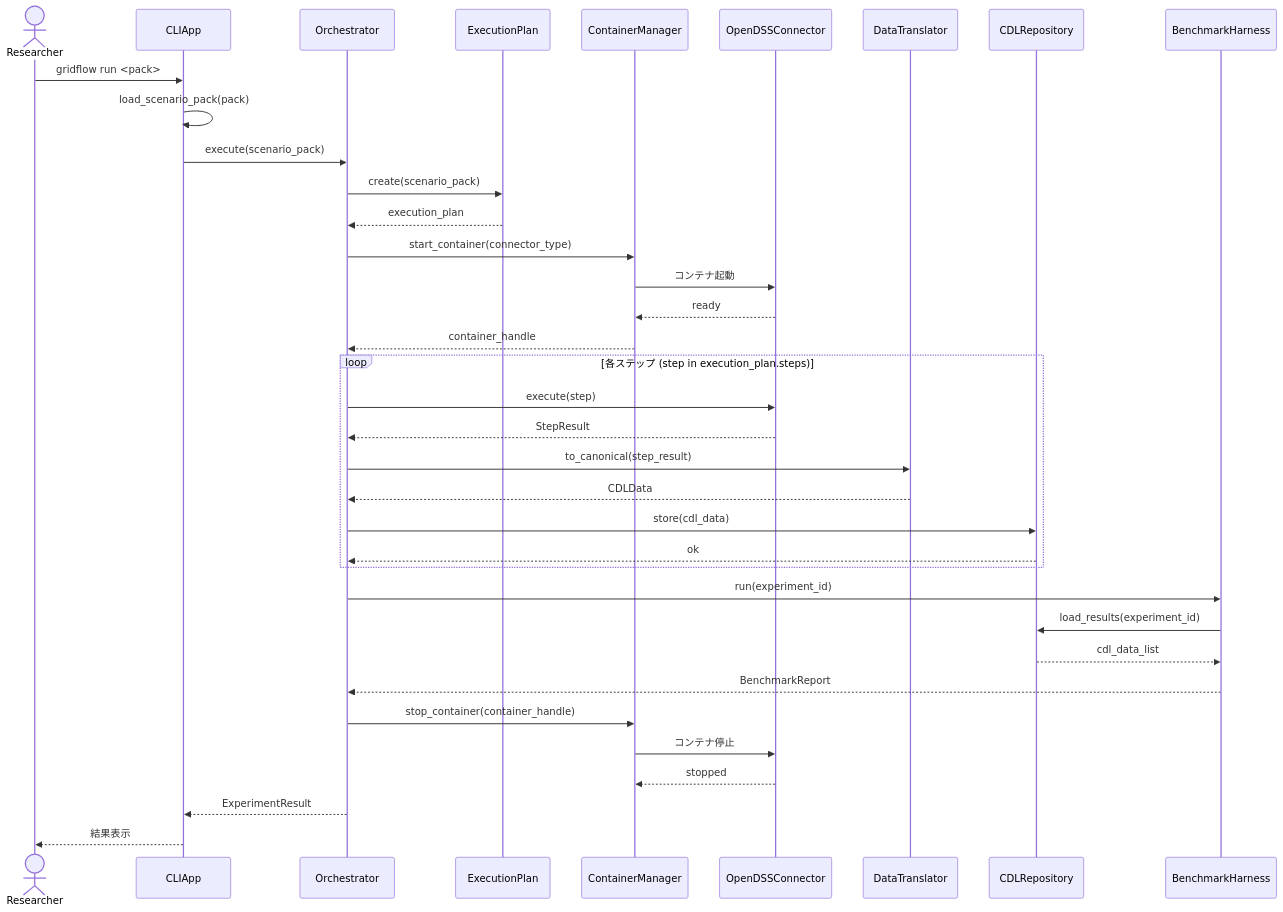
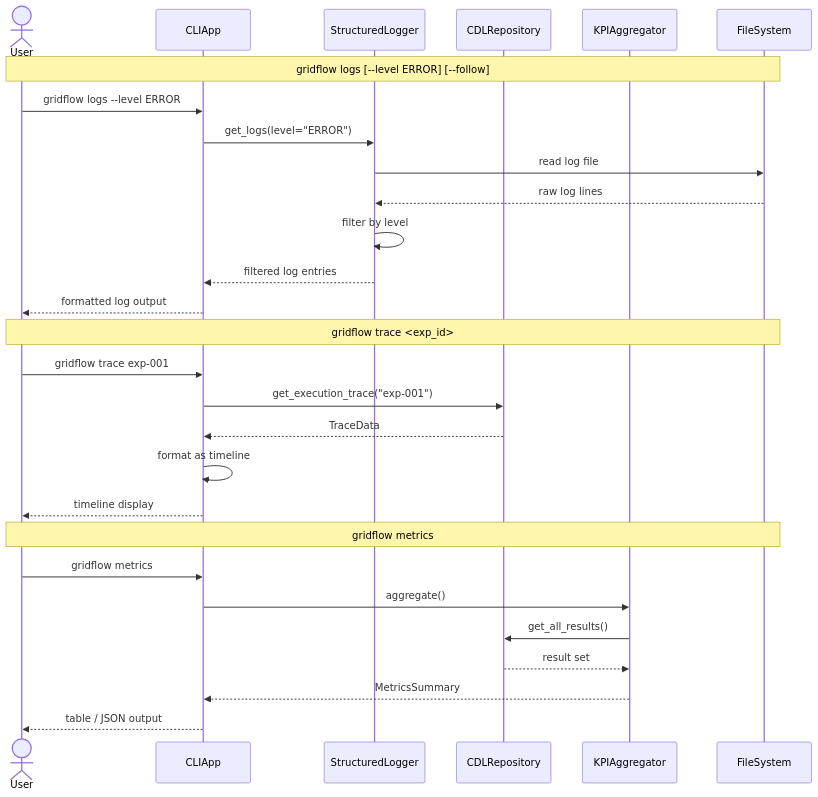
The first of 10 diagrams in docs/detailed_design/04_process_flow.md (bottlenome/gridflow), drawn with Mermaid before and after one commit. The commit also changed other lines of this file, not shown here.

````diff
--- a/docs/detailed_design/04_process_flow.md
+++ b/docs/detailed_design/04_process_flow.md
@@ -60,44 +43,33 @@
 ```mermaid
 sequenceDiagram
-    actor R as Researcher
+    actor User
     participant CLI as CLIApp
-    participant ORC as Orchestrator
-    participant EP as ExecutionPlan
-    participant CM as ContainerManager
-    participant CON as OpenDSSConnector
-    participant DT as DataTranslator
+    participant SL as StructuredLogger
     participant CDL as CDLRepository
-    participant BH as BenchmarkHarness
+    participant KPI as KPIAggregator
+    participant FS as FileSystem
 
-    R->>CLI: gridflow run <pack>
-    CLI->>CLI: load_scenario_pack(pack)
-    CLI->>ORC: execute(scenario_pack)
-    ORC->>EP: create(scenario_pack)
-    EP-->>ORC: execution_plan
+    Note over User,FS: gridflow logs [--level ERROR] [--follow]
+    User->>CLI: gridflow logs --level ERROR
+    CLI->>SL: get_logs(level="ERROR")
+    SL->>FS: read log file
+    FS-->>SL: raw log lines
+    SL->>SL: filter by level
+    SL-->>CLI: filtered log entries
+    CLI-->>User: formatted log output
 
-    ORC->>CM: start_container(connector_type)
-    CM->>CON: コンテナ起動
-    CON-->>CM: ready
-    CM-->>ORC: container_handle
+    Note over User,FS: gridflow trace <exp_id>
+    User->>CLI: gridflow trace exp-001
+    CLI->>CDL: get_execution_trace("exp-001")
+    CDL-->>CLI: TraceData
+    CLI->>CLI: format as timeline
+    CLI-->>User: timeline display
 
-    loop 各ステップ (step in execution_plan.steps)
-        ORC->>CON: execute(step)
-        CON-->>ORC: StepResult
-        ORC->>DT: to_canonical(step_result)
-        DT-->>ORC: CDLData
-        ORC->>CDL: store(cdl_data)
-        CDL-->>ORC: ok
-    end
-
-    ORC->>BH: run(experiment_id)
-    BH->>CDL: load_results(experiment_id)
-    CDL-->>BH: cdl_data_list
-    BH-->>ORC: BenchmarkReport
-
-    ORC->>CM: stop_container(container_handle)
-    CM->>CON: コンテナ停止
-    CON-->>CM: stopped
-
-    ORC-->>CLI: ExperimentResult
-    CLI-->>R: 結果表示
+    Note over User,FS: gridflow metrics
+    User->>CLI: gridflow metrics
+    CLI->>KPI: aggregate()
+    KPI->>CDL: get_all_results()
+    CDL-->>KPI: result set
+    KPI-->>CLI: MetricsSummary
+    CLI-->>User: table / JSON output
 ```
````
